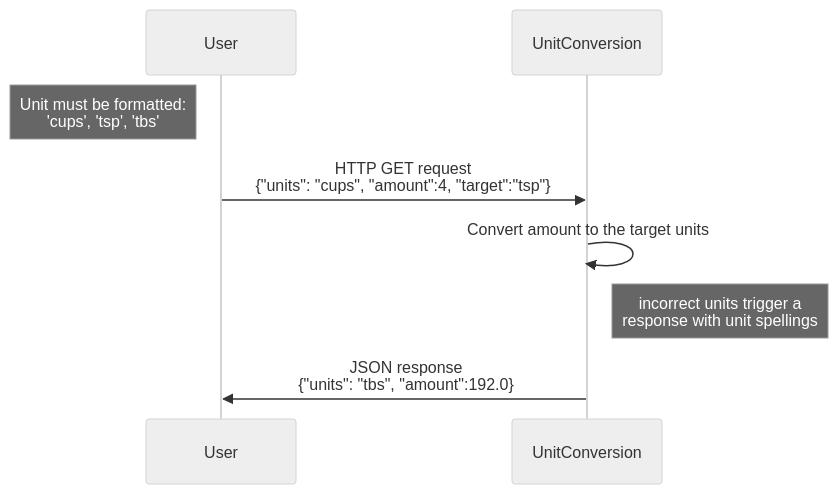
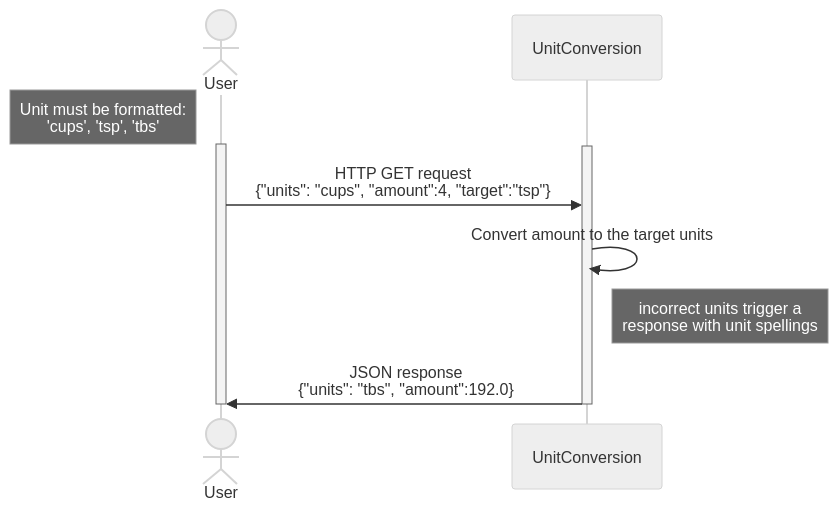
The diagram in README.md (OndrewBot/microserviceA), drawn with Mermaid (neutral theme) before and after one commit.

````diff
--- a/README.md
+++ b/README.md
@@ -53,10 +53,14 @@
 ```mermaid
 sequenceDiagram;
-   participant User;
+   actor User;
    participant UnitConversion;
    Note left of User: Unit must be formatted:<br/>'cups', 'tsp', 'tbs';
+   activate User;
+   activate UnitConversion;
    User->>UnitConversion: HTTP GET request<br/> {"units": "cups", "amount":4, "target":"tsp"};
    UnitConversion->>UnitConversion: Convert amount to the target units;
    Note right of UnitConversion: incorrect units trigger a<br/> response with unit spellings;
    UnitConversion->>User: JSON response<br/> {"units": "tbs", "amount":192.0};
+   deactivate User;
+   deactivate UnitConversion;
 ```
````
